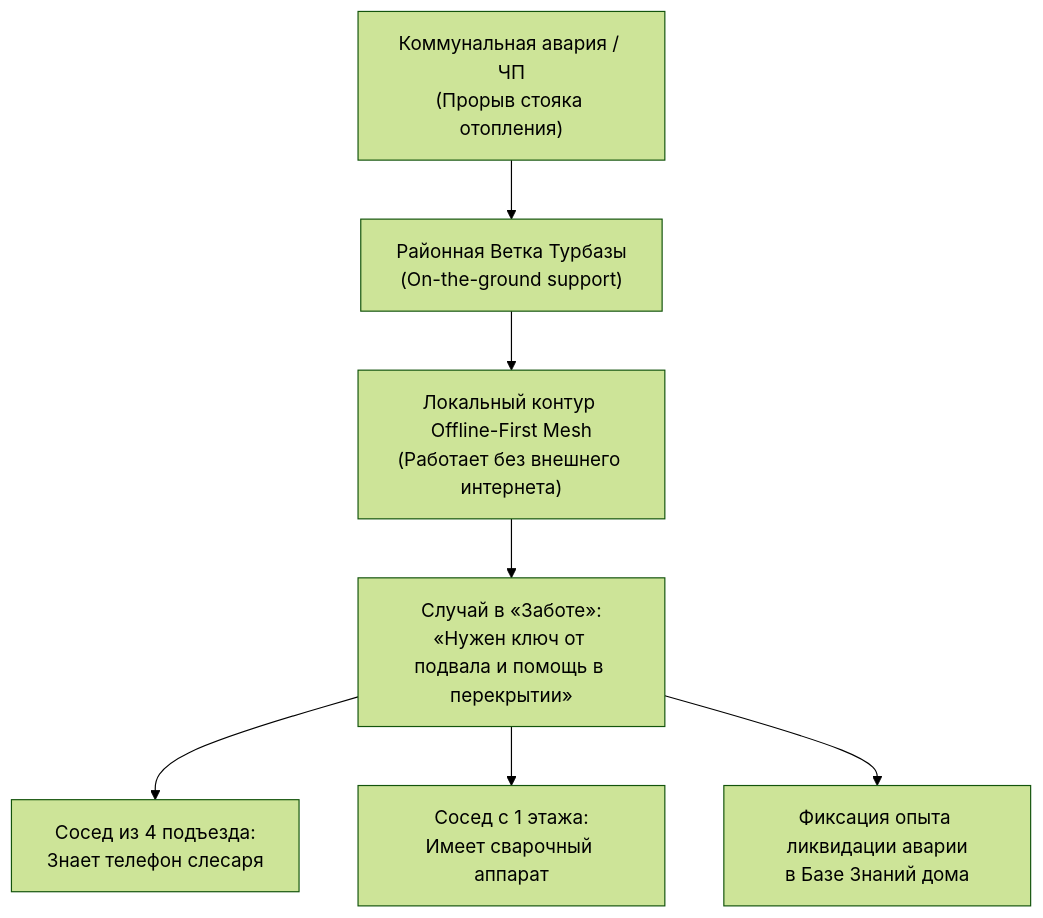
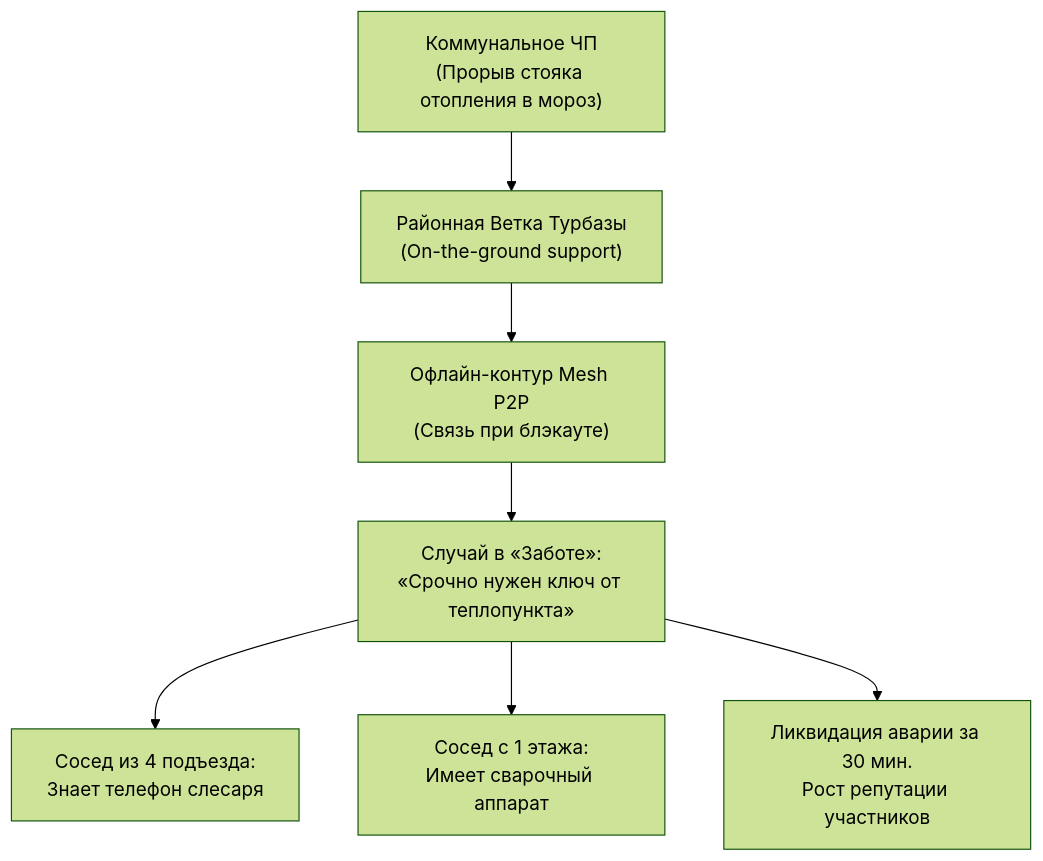
Before and after one commit to Data-Independence-Network/presentations: the fourth of 4 diagrams in shared_docs/whitepapers/applications/sapoto/Sapoto_Ecosystem_Impact_Guide.md, drawn with Mermaid (forest theme). The commit also changed other lines of this file and 9 other files, not shown here.

````diff
--- a/shared_docs/whitepapers/applications/sapoto/Sapoto_Ecosystem_Impact_Guide.md
+++ b/shared_docs/whitepapers/applications/sapoto/Sapoto_Ecosystem_Impact_Guide.md
@@ -162,9 +176,9 @@
 ```mermaid
 graph TD
-    Incident["Коммунальная авария / ЧП<br/>(Прорыв стояка отопления)"] --> LocalBranch["Районная Ветка Турбазы<br/>(On-the-ground support)"]
-    LocalBranch --> MeshNet["Локальный контур Offline-First Mesh<br/>(Работает без внешнего интернета)"]
-    MeshNet --> CaseHelp["Случай в «Заботе»:<br/>«Нужен ключ от подвала и помощь в перекрытии»"]
+    Incident["Коммунальное ЧП<br/>(Прорыв стояка отопления в мороз)"] --> LocalBranch["Районная Ветка Турбазы<br/>(On-the-ground support)"]
+    LocalBranch --> MeshNet["Офлайн-контур Mesh P2P<br/>(Связь при блэкауте)"]
+    MeshNet --> CaseHelp["Случай в «Заботе»:<br/>«Срочно нужен ключ от теплопункта»"]
     CaseHelp --> Neighbor1["Сосед из 4 подъезда:<br/>Знает телефон слесаря"]
     CaseHelp --> Neighbor2["Сосед с 1 этажа:<br/>Имеет сварочный аппарат"]
-    CaseHelp --> ExperiencePost["Фиксация опыта ликвидации аварии<br/>в Базе Знаний дома"]
+    CaseHelp --> ExpDone["Ликвидация аварии за 30 мин.<br/>Рост репутации участников"]
 ```
````
